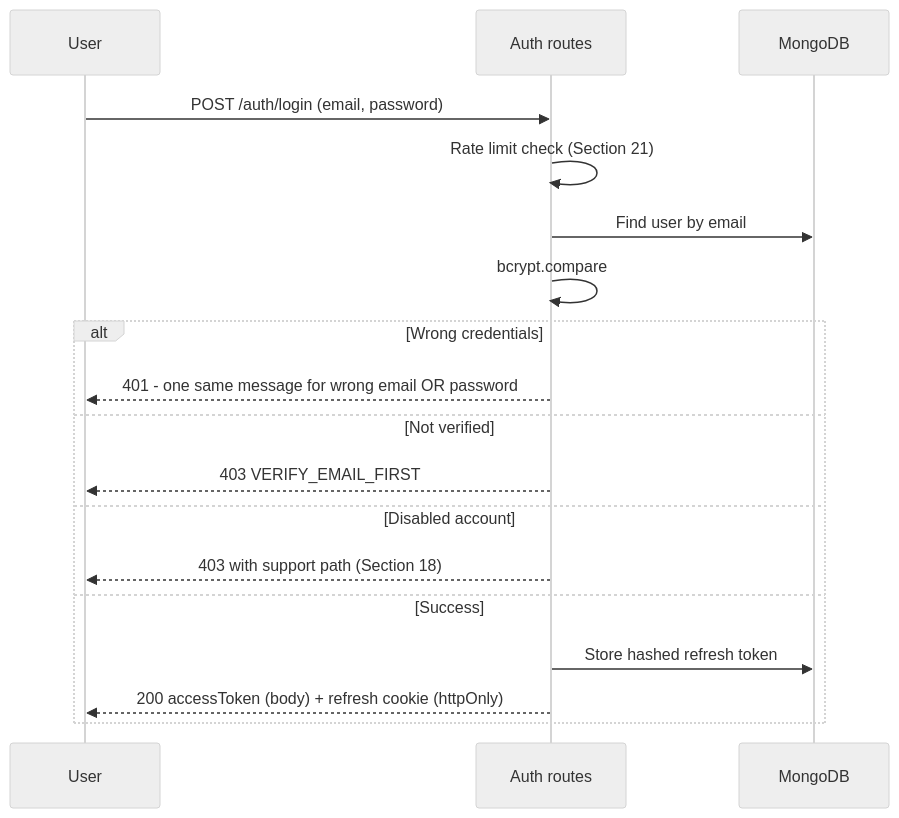
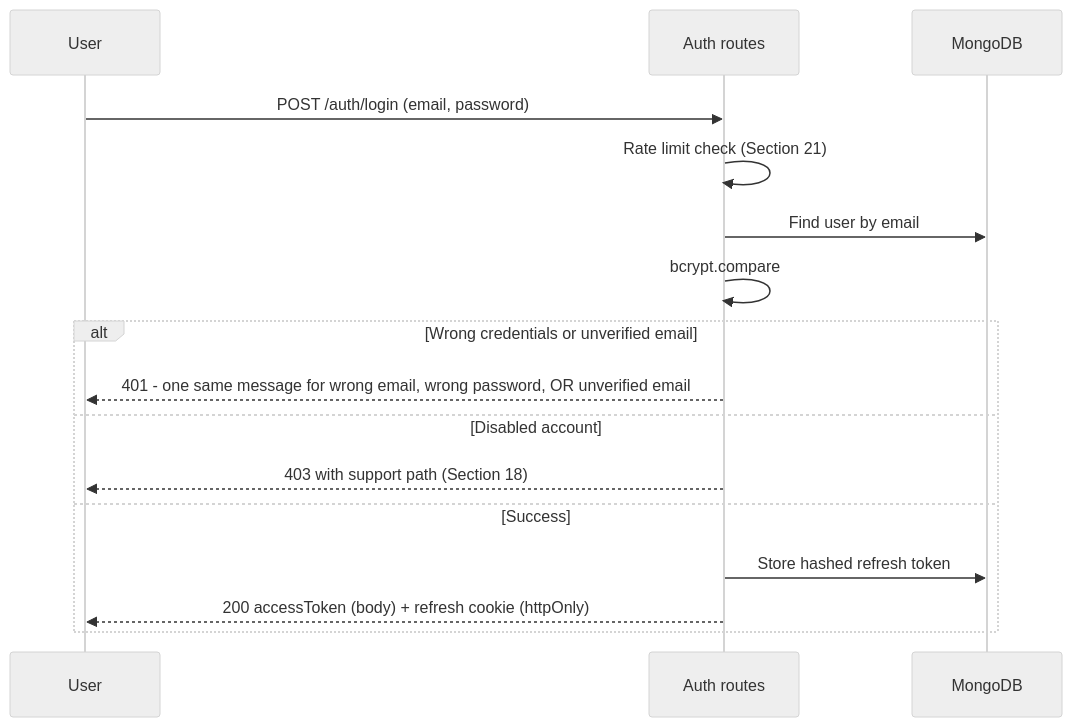
The second of 3 diagrams in docs/13_Authentication_and_Authorization.md (KhuzaimaMamoon/rozvisit), drawn with Mermaid (neutral theme) before and after one commit. The commit also changed other lines of this file and 35 other files, not shown here.

First line of the commit message:
feat(auth): implement secure authentication flows

````diff
--- a/docs/13_Authentication_and_Authorization.md
+++ b/docs/13_Authentication_and_Authorization.md
@@ -46,21 +46,19 @@
 ```mermaid
 sequenceDiagram
     participant U as User
     participant API as Auth routes
     participant DB as MongoDB
 
     U->>API: POST /auth/login (email, password)
     API->>API: Rate limit check (Section 21)
     API->>DB: Find user by email
     API->>API: bcrypt.compare
-    alt Wrong credentials
-        API-->>U: 401 - one same message for wrong email OR password
-    else Not verified
-        API-->>U: 403 VERIFY_EMAIL_FIRST
+    alt Wrong credentials or unverified email
+        API-->>U: 401 - one same message for wrong email, wrong password, OR unverified email
     else Disabled account
         API-->>U: 403 with support path (Section 18)
     else Success
         API->>DB: Store hashed refresh token
         API-->>U: 200 accessToken (body) + refresh cookie (httpOnly)
     end
 ```
````
